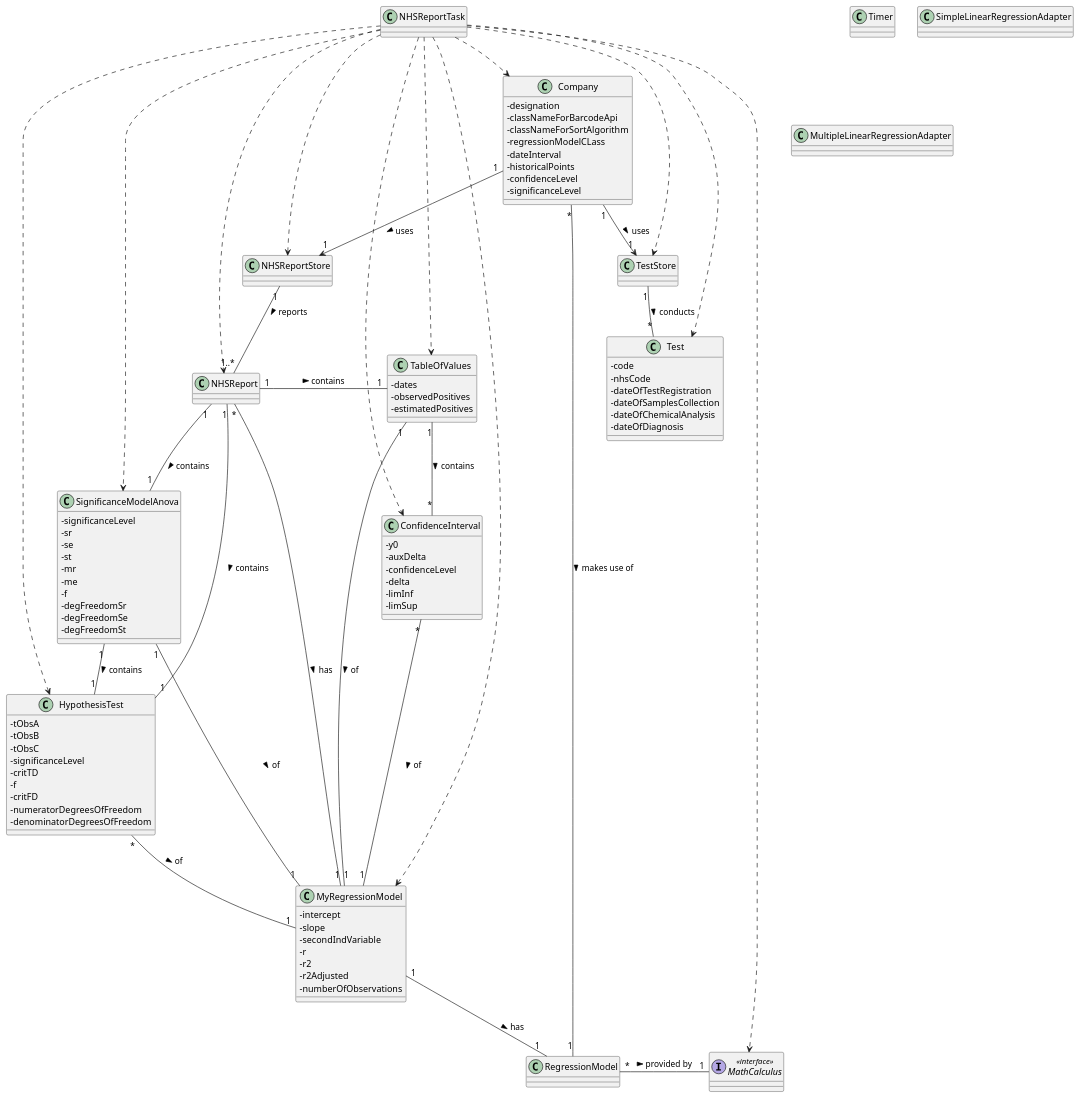
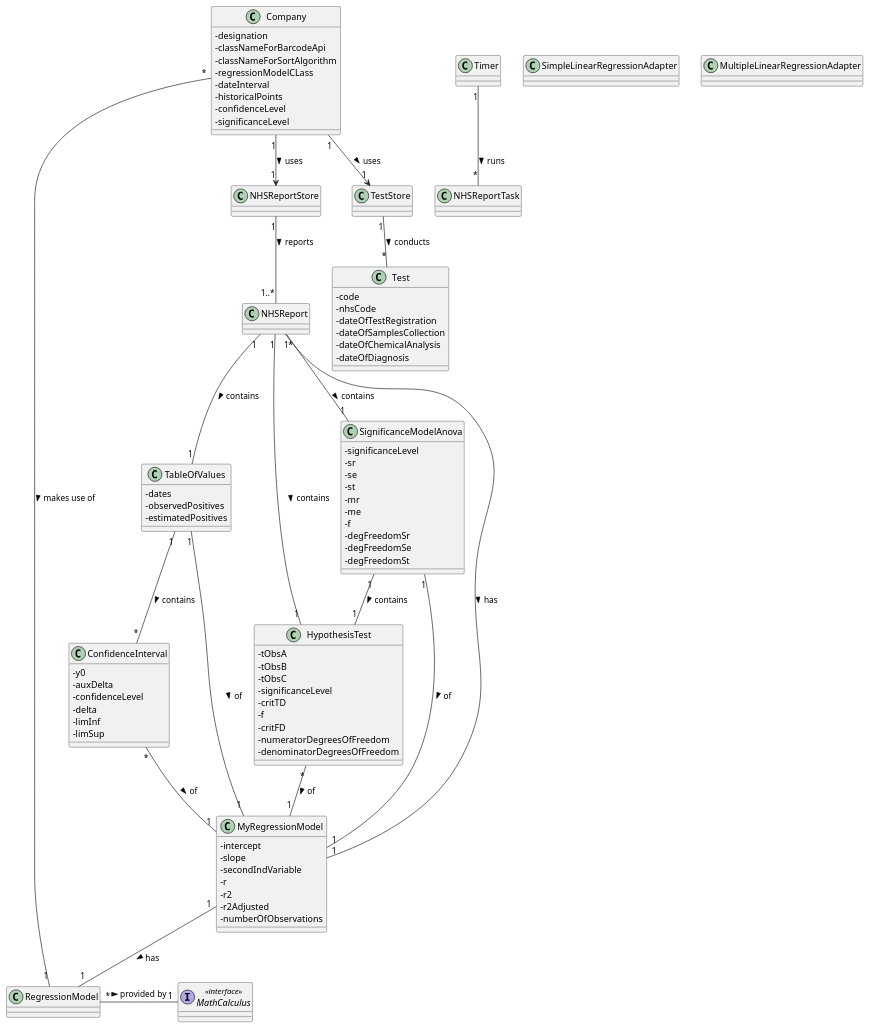
The diagram in docs/SprintD/US_19/US19_CD.puml (ana-albergaria/LAPR2-ISEP), drawn with PlantUML before and after one commit. The commit also changed 9 other files, not shown here.

```diff
--- a/docs/SprintD/US_19/US19_CD.puml
+++ b/docs/SprintD/US_19/US19_CD.puml
@@ -1,136 +1,138 @@
 @startuml
 
 skinparam classAttributeIconSize 0
 
 class Company {
 -designation
 -classNameForBarcodeApi
 -classNameForSortAlgorithm
 -regressionModelCLass
 -dateInterval
 -historicalPoints
 -confidenceLevel
 -significanceLevel
 }
 
 class NHSReport {}
 
 class RegressionModel {}
 
 class HypothesisTest {
 -tObsA
 -tObsB
 -tObsC
 -significanceLevel
 -critTD
 -f
 -critFD
 -numeratorDegreesOfFreedom
 -denominatorDegreesOfFreedom
 }
 
 class SignificanceModelAnova {
 -significanceLevel
 -sr
 -se
 -st
 -mr
 -me
 -f
 -degFreedomSr
 -degFreedomSe
 -degFreedomSt
 }
 
 class TableOfValues {
 -dates
 -observedPositives
 -estimatedPositives
 }
 
 class ConfidenceInterval {
 -y0
 -auxDelta
 -confidenceLevel
 -delta
 -limInf
 -limSup
 }
 
 class Timer {}
 
 class NHSReportStore {}
 
 class TestStore {}
 
 class SimpleLinearRegressionAdapter {}
 
 class MultipleLinearRegressionAdapter {}
 
 class RegressionModel {}
 
 class NHSReportTask {}
 
 class MyRegressionModel {
 -intercept
 -slope
 -secondIndVariable
 -r
 -r2
 -r2Adjusted
 -numberOfObservations
 }
 
 interface MathCalculus <<interface>> {}
 
 class Test{
 - code
 - nhsCode
 - dateOfTestRegistration
 - dateOfSamplesCollection
 - dateOfChemicalAnalysis
 - dateOfDiagnosis
 }
-
+/'O CONTROLLER É A APP STARTUP'/
+/'COLOCAR TIMER'/
 
 /'Timer "1" -- "*" NHSReport : schedules >'/
 /'Company "1" -- "1..*" NHSReport : reports >'/
 /'Company "1" -- "1" Timer : knows >'/
 NHSReport "*" -- "1" MyRegressionModel : has >
 NHSReport "1" -- "1" HypothesisTest : contains >
 NHSReport "1" -- "1" SignificanceModelAnova : contains >
 Company "*" -- "1" RegressionModel : makes use of >
 HypothesisTest "*" -- "1" MyRegressionModel : of >
 SignificanceModelAnova "1" -- "1" MyRegressionModel : of >
 SignificanceModelAnova "1" -- "1" HypothesisTest : contains >
 NHSReport "1" - "1" TableOfValues : contains >
 TableOfValues "1" -- "1" MyRegressionModel : of >
 TableOfValues "1" -- "*" ConfidenceInterval : contains >
 ConfidenceInterval "*" -- "1" MyRegressionModel : of >
 RegressionModel "*" - "1" MathCalculus : provided by >
 MyRegressionModel "1" -- "1" RegressionModel : has >
+Timer "1" -- "*" NHSReportTask : runs >
 
 
 
 
-NHSReportTask ..> Company
+/'NHSReportTask ..> Company
 NHSReportTask ..> TestStore
 NHSReportTask ..> NHSReportStore
 NHSReportTask ..> NHSReport
 NHSReportTask ..> Test
 NHSReportTask ..> TableOfValues
 NHSReportTask ..> SignificanceModelAnova
 NHSReportTask ..> ConfidenceInterval
 NHSReportTask ..> HypothesisTest
 NHSReportTask ..> MyRegressionModel
-NHSReportTask ..> MathCalculus
+NHSReportTask ..> MathCalculus'/
 
 
 
 Company "1" --> "1" TestStore : uses >
 Company "1" --> "1" NHSReportStore : uses >
 TestStore "1" -- "*" Test : conducts >
 NHSReportStore "1" -- "1..*" NHSReport : reports >
 
 
 @enduml
```
